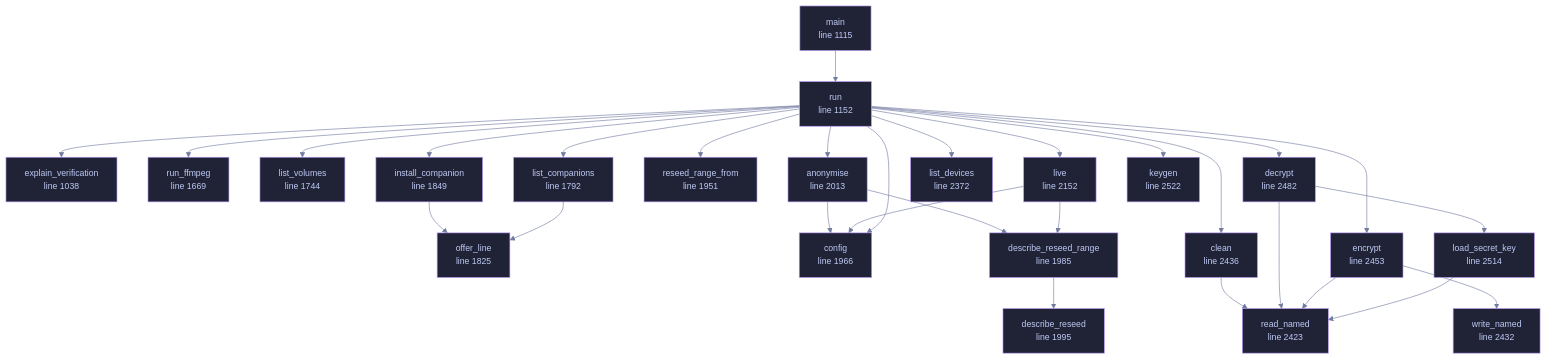
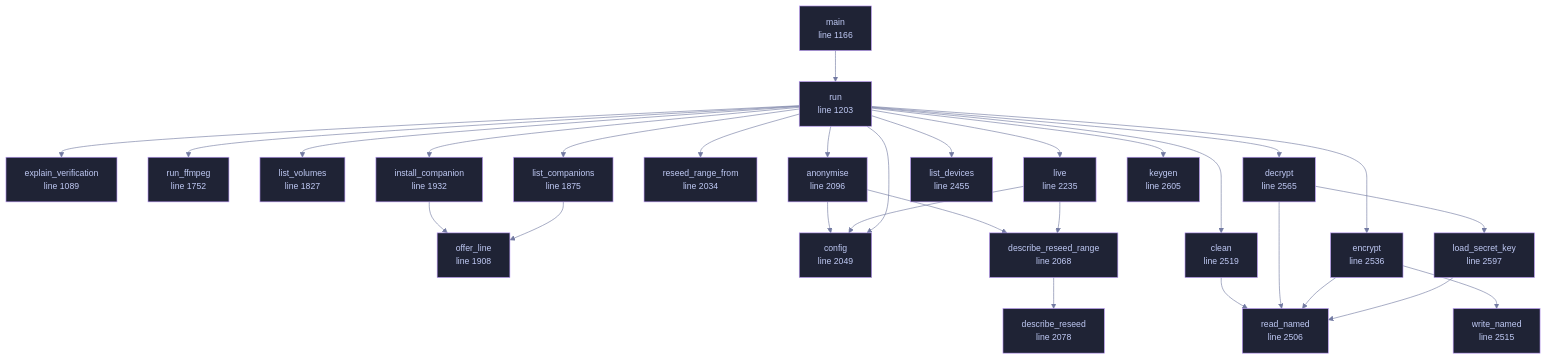
One commit to tilas01/veilvoice changed the diagram in docs/files/veilvoice-cli/main.md. Above: the diagram before and after it, drawn with Mermaid. The commit also changed other lines of this file and 69 other files, not shown here.

````diff
--- a/docs/files/veilvoice-cli/main.md
+++ b/docs/files/veilvoice-cli/main.md
@@ -134,78 +134,78 @@
 ```mermaid
 %%{init: {"theme":"base","themeVariables":{"background":"#1a1b26","primaryColor":"#1f2335","primaryTextColor":"#c0caf5","primaryBorderColor":"#7aa2f7","secondaryColor":"#16161e","tertiaryColor":"#16161e","lineColor":"#737aa2","textColor":"#c0caf5","mainBkg":"#1f2335","nodeBorder":"#7aa2f7","clusterBkg":"#16161e","clusterBorder":"#2f3549","fontFamily":"ui-monospace, SFMono-Regular, Consolas, monospace","fontSize":"14px"}}}%%
 flowchart TD
-    n_explain_verification["explain_verification<br/>line 1038"]
-    n_main["main<br/>line 1115"]
-    n_run["run<br/>line 1152"]
-    n_run_ffmpeg["run_ffmpeg<br/>line 1669"]
-    n_list_volumes["list_volumes<br/>line 1744"]
-    n_list_companions["list_companions<br/>line 1792"]
-    n_offer_line["offer_line<br/>line 1825"]
-    n_install_companion["install_companion<br/>line 1849"]
-    n_reseed_range_from["reseed_range_from<br/>line 1951"]
-    n_config["config<br/>line 1966"]
-    n_describe_reseed_range["describe_reseed_range<br/>line 1985"]
-    n_describe_reseed["describe_reseed<br/>line 1995"]
-    n_anonymise["anonymise<br/>line 2013"]
-    n_live["live<br/>line 2152"]
-    n_list_devices["list_devices<br/>line 2372"]
-    n_read_named["read_named<br/>line 2423"]
-    n_write_named["write_named<br/>line 2432"]
-    n_clean["clean<br/>line 2436"]
-    n_encrypt["encrypt<br/>line 2453"]
-    n_decrypt["decrypt<br/>line 2482"]
-    n_load_secret_key["load_secret_key<br/>line 2514"]
-    n_keygen["keygen<br/>line 2522"]
+    n_explain_verification["explain_verification<br/>line 1089"]
+    n_main["main<br/>line 1166"]
+    n_run["run<br/>line 1203"]
+    n_run_ffmpeg["run_ffmpeg<br/>line 1752"]
+    n_list_volumes["list_volumes<br/>line 1827"]
+    n_list_companions["list_companions<br/>line 1875"]
+    n_offer_line["offer_line<br/>line 1908"]
+    n_install_companion["install_companion<br/>line 1932"]
+    n_reseed_range_from["reseed_range_from<br/>line 2034"]
+    n_config["config<br/>line 2049"]
+    n_describe_reseed_range["describe_reseed_range<br/>line 2068"]
+    n_describe_reseed["describe_reseed<br/>line 2078"]
+    n_anonymise["anonymise<br/>line 2096"]
+    n_live["live<br/>line 2235"]
+    n_list_devices["list_devices<br/>line 2455"]
+    n_read_named["read_named<br/>line 2506"]
+    n_write_named["write_named<br/>line 2515"]
+    n_clean["clean<br/>line 2519"]
+    n_encrypt["encrypt<br/>line 2536"]
+    n_decrypt["decrypt<br/>line 2565"]
+    n_load_secret_key["load_secret_key<br/>line 2597"]
+    n_keygen["keygen<br/>line 2605"]
     n_anonymise --> n_config
     n_anonymise --> n_describe_reseed_range
     n_clean --> n_read_named
     n_decrypt --> n_load_secret_key
     n_decrypt --> n_read_named
     n_describe_reseed_range --> n_describe_reseed
     n_encrypt --> n_read_named
     n_encrypt --> n_write_named
     n_install_companion --> n_offer_line
     n_list_companions --> n_offer_line
     n_live --> n_config
     n_live --> n_describe_reseed_range
     n_load_secret_key --> n_read_named
     n_main --> n_run
     n_run --> n_anonymise
     n_run --> n_clean
     n_run --> n_config
     n_run --> n_decrypt
     n_run --> n_encrypt
     n_run --> n_explain_verification
     n_run --> n_install_companion
     n_run --> n_keygen
     n_run --> n_list_companions
     n_run --> n_list_devices
     n_run --> n_list_volumes
     n_run --> n_live
     n_run --> n_reseed_range_from
     n_run --> n_run_ffmpeg
-    click n_explain_verification href "https://github.com/tilas01/veilvoice/blob/main/crates/veilvoice-cli/src/main.rs#L1038" "open the source"
-    click n_main href "https://github.com/tilas01/veilvoice/blob/main/crates/veilvoice-cli/src/main.rs#L1115" "open the source"
-    click n_run href "https://github.com/tilas01/veilvoice/blob/main/crates/veilvoice-cli/src/main.rs#L1152" "open the source"
-    click n_run_ffmpeg href "https://github.com/tilas01/veilvoice/blob/main/crates/veilvoice-cli/src/main.rs#L1669" "open the source"
-    click n_list_volumes href "https://github.com/tilas01/veilvoice/blob/main/crates/veilvoice-cli/src/main.rs#L1744" "open the source"
-    click n_list_companions href "https://github.com/tilas01/veilvoice/blob/main/crates/veilvoice-cli/src/main.rs#L1792" "open the source"
-    click n_offer_line href "https://github.com/tilas01/veilvoice/blob/main/crates/veilvoice-cli/src/main.rs#L1825" "open the source"
-    click n_install_companion href "https://github.com/tilas01/veilvoice/blob/main/crates/veilvoice-cli/src/main.rs#L1849" "open the source"
-    click n_reseed_range_from href "https://github.com/tilas01/veilvoice/blob/main/crates/veilvoice-cli/src/main.rs#L1951" "open the source"
-    click n_config href "https://github.com/tilas01/veilvoice/blob/main/crates/veilvoice-cli/src/main.rs#L1966" "open the source"
-    click n_describe_reseed_range href "https://github.com/tilas01/veilvoice/blob/main/crates/veilvoice-cli/src/main.rs#L1985" "open the source"
-    click n_describe_reseed href "https://github.com/tilas01/veilvoice/blob/main/crates/veilvoice-cli/src/main.rs#L1995" "open the source"
-    click n_anonymise href "https://github.com/tilas01/veilvoice/blob/main/crates/veilvoice-cli/src/main.rs#L2013" "open the source"
-    click n_live href "https://github.com/tilas01/veilvoice/blob/main/crates/veilvoice-cli/src/main.rs#L2152" "open the source"
-    click n_list_devices href "https://github.com/tilas01/veilvoice/blob/main/crates/veilvoice-cli/src/main.rs#L2372" "open the source"
-    click n_read_named href "https://github.com/tilas01/veilvoice/blob/main/crates/veilvoice-cli/src/main.rs#L2423" "open the source"
-    click n_write_named href "https://github.com/tilas01/veilvoice/blob/main/crates/veilvoice-cli/src/main.rs#L2432" "open the source"
-    click n_clean href "https://github.com/tilas01/veilvoice/blob/main/crates/veilvoice-cli/src/main.rs#L2436" "open the source"
-    click n_encrypt href "https://github.com/tilas01/veilvoice/blob/main/crates/veilvoice-cli/src/main.rs#L2453" "open the source"
-    click n_decrypt href "https://github.com/tilas01/veilvoice/blob/main/crates/veilvoice-cli/src/main.rs#L2482" "open the source"
-    click n_load_secret_key href "https://github.com/tilas01/veilvoice/blob/main/crates/veilvoice-cli/src/main.rs#L2514" "open the source"
-    click n_keygen href "https://github.com/tilas01/veilvoice/blob/main/crates/veilvoice-cli/src/main.rs#L2522" "open the source"
+    click n_explain_verification href "https://github.com/tilas01/veilvoice/blob/main/crates/veilvoice-cli/src/main.rs#L1089" "open the source"
+    click n_main href "https://github.com/tilas01/veilvoice/blob/main/crates/veilvoice-cli/src/main.rs#L1166" "open the source"
+    click n_run href "https://github.com/tilas01/veilvoice/blob/main/crates/veilvoice-cli/src/main.rs#L1203" "open the source"
+    click n_run_ffmpeg href "https://github.com/tilas01/veilvoice/blob/main/crates/veilvoice-cli/src/main.rs#L1752" "open the source"
+    click n_list_volumes href "https://github.com/tilas01/veilvoice/blob/main/crates/veilvoice-cli/src/main.rs#L1827" "open the source"
+    click n_list_companions href "https://github.com/tilas01/veilvoice/blob/main/crates/veilvoice-cli/src/main.rs#L1875" "open the source"
+    click n_offer_line href "https://github.com/tilas01/veilvoice/blob/main/crates/veilvoice-cli/src/main.rs#L1908" "open the source"
+    click n_install_companion href "https://github.com/tilas01/veilvoice/blob/main/crates/veilvoice-cli/src/main.rs#L1932" "open the source"
+    click n_reseed_range_from href "https://github.com/tilas01/veilvoice/blob/main/crates/veilvoice-cli/src/main.rs#L2034" "open the source"
+    click n_config href "https://github.com/tilas01/veilvoice/blob/main/crates/veilvoice-cli/src/main.rs#L2049" "open the source"
+    click n_describe_reseed_range href "https://github.com/tilas01/veilvoice/blob/main/crates/veilvoice-cli/src/main.rs#L2068" "open the source"
+    click n_describe_reseed href "https://github.com/tilas01/veilvoice/blob/main/crates/veilvoice-cli/src/main.rs#L2078" "open the source"
+    click n_anonymise href "https://github.com/tilas01/veilvoice/blob/main/crates/veilvoice-cli/src/main.rs#L2096" "open the source"
+    click n_live href "https://github.com/tilas01/veilvoice/blob/main/crates/veilvoice-cli/src/main.rs#L2235" "open the source"
+    click n_list_devices href "https://github.com/tilas01/veilvoice/blob/main/crates/veilvoice-cli/src/main.rs#L2455" "open the source"
+    click n_read_named href "https://github.com/tilas01/veilvoice/blob/main/crates/veilvoice-cli/src/main.rs#L2506" "open the source"
+    click n_write_named href "https://github.com/tilas01/veilvoice/blob/main/crates/veilvoice-cli/src/main.rs#L2515" "open the source"
+    click n_clean href "https://github.com/tilas01/veilvoice/blob/main/crates/veilvoice-cli/src/main.rs#L2519" "open the source"
+    click n_encrypt href "https://github.com/tilas01/veilvoice/blob/main/crates/veilvoice-cli/src/main.rs#L2536" "open the source"
+    click n_decrypt href "https://github.com/tilas01/veilvoice/blob/main/crates/veilvoice-cli/src/main.rs#L2565" "open the source"
+    click n_load_secret_key href "https://github.com/tilas01/veilvoice/blob/main/crates/veilvoice-cli/src/main.rs#L2597" "open the source"
+    click n_keygen href "https://github.com/tilas01/veilvoice/blob/main/crates/veilvoice-cli/src/main.rs#L2605" "open the source"
     classDef helper fill:#1f2335,stroke:#bb9af7,color:#c0caf5
     class n_explain_verification,n_main,n_run,n_run_ffmpeg,n_list_volumes,n_list_companions,n_offer_line,n_install_companion,n_reseed_range_from,n_config,n_describe_reseed_range,n_describe_reseed,n_anonymise,n_live,n_list_devices,n_read_named,n_write_named,n_clean,n_encrypt,n_decrypt,n_load_secret_key,n_keygen helper
 ```
````
